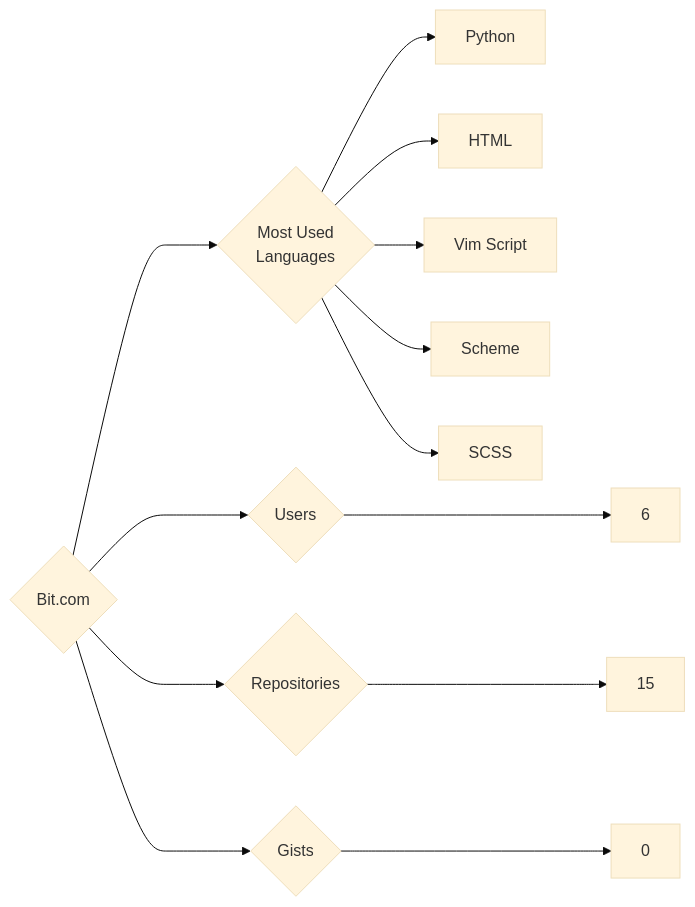
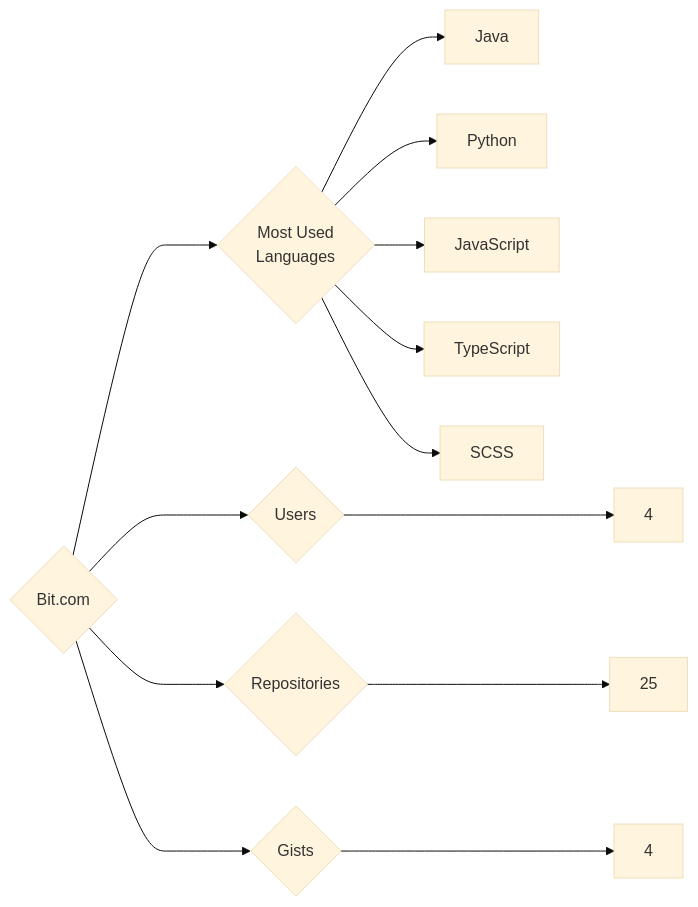
Before and after one commit to trickest/insiders: the diagram in targets/Bit.com/README.md, drawn with Mermaid (base theme). The commit also changed 1092 other files, not shown here.

````diff
--- a/targets/Bit.com/README.md
+++ b/targets/Bit.com/README.md
@@ -3,13 +3,13 @@
 ```mermaid
 graph LR
 COMPANY_NAME{Bit.com}
-COMPANY_NAME ---> U{Users} ---> UN[6]
-COMPANY_NAME ---> R{Repositories} ---> RN[15]
-COMPANY_NAME ---> G{Gists} ---> GN[0]
+COMPANY_NAME ---> U{Users} ---> UN[4]
+COMPANY_NAME ---> R{Repositories} ---> RN[25]
+COMPANY_NAME ---> G{Gists} ---> GN[4]
 COMPANY_NAME ---> ML{Most Used<br>Languages}
+ML --> Java[Java]
 ML --> Python[Python]
-ML --> HTML[HTML]
-ML --> Vim_Script[Vim Script]
-ML --> Scheme[Scheme]
+ML --> JavaScript[JavaScript]
+ML --> TypeScript[TypeScript]
 ML --> SCSS[SCSS]
 ```
````
